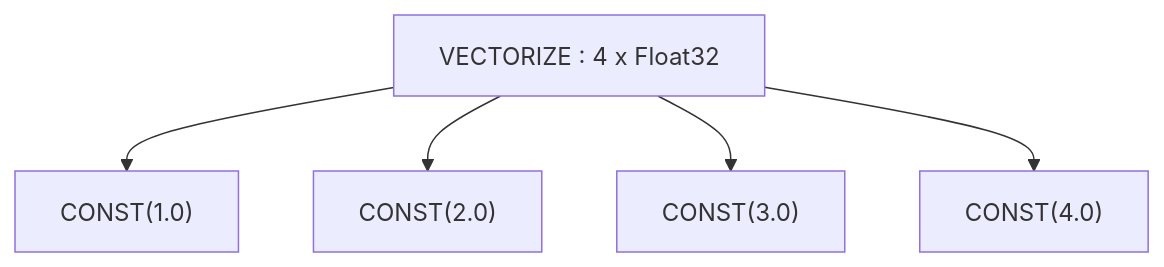
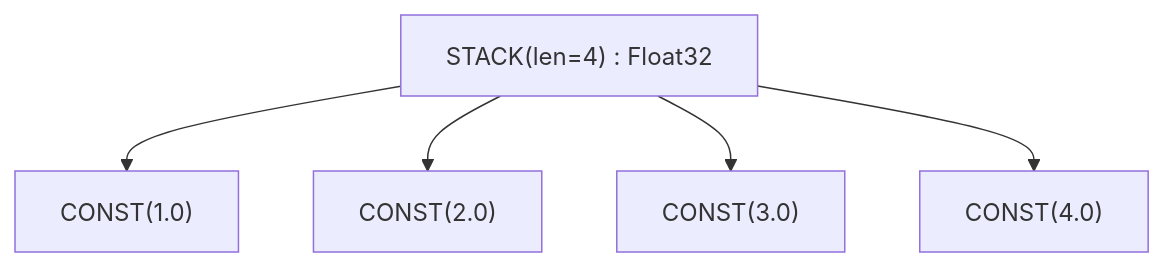
One commit to npatsakula/morok changed diagram 11 of 16 in website/docs/architecture/op-bestiary.md. Above: the diagram before and after it, drawn with Mermaid. The commit also changed other lines of this file and 63 other files, not shown here.

First line of the commit message:
[*] docs: verify the architecture chapter against the IR and optimizer

````diff
--- a/website/docs/architecture/op-bestiary.md
+++ b/website/docs/architecture/op-bestiary.md
@@ -445,7 +440,7 @@
 ```mermaid
 flowchart TD
-  V["VECTORIZE : 4 x Float32"] --> C1["CONST(1.0)"]
+  V["STACK(len=4) : Float32"] --> C1["CONST(1.0)"]
   V --> C2["CONST(2.0)"]
   V --> C3["CONST(3.0)"]
   V --> C4["CONST(4.0)"]
 ```
````
